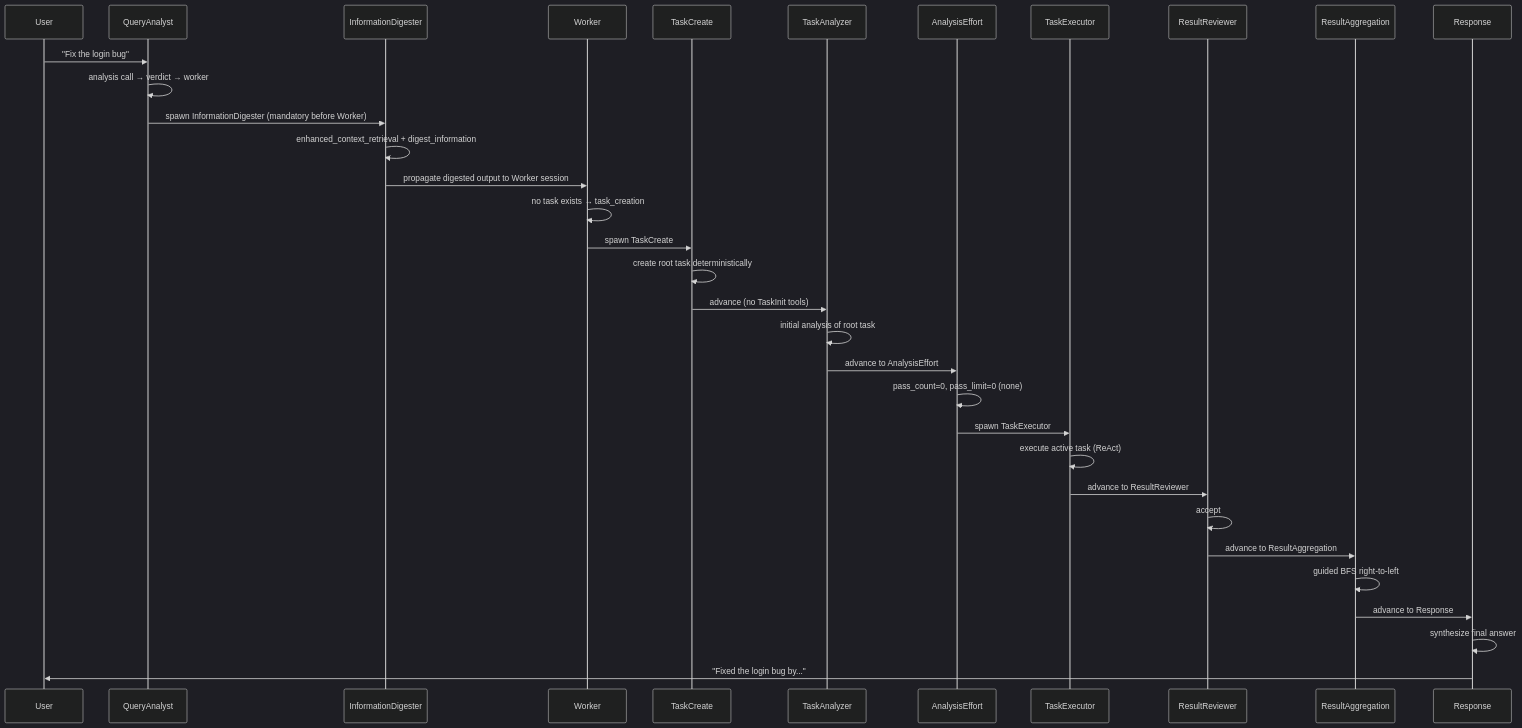
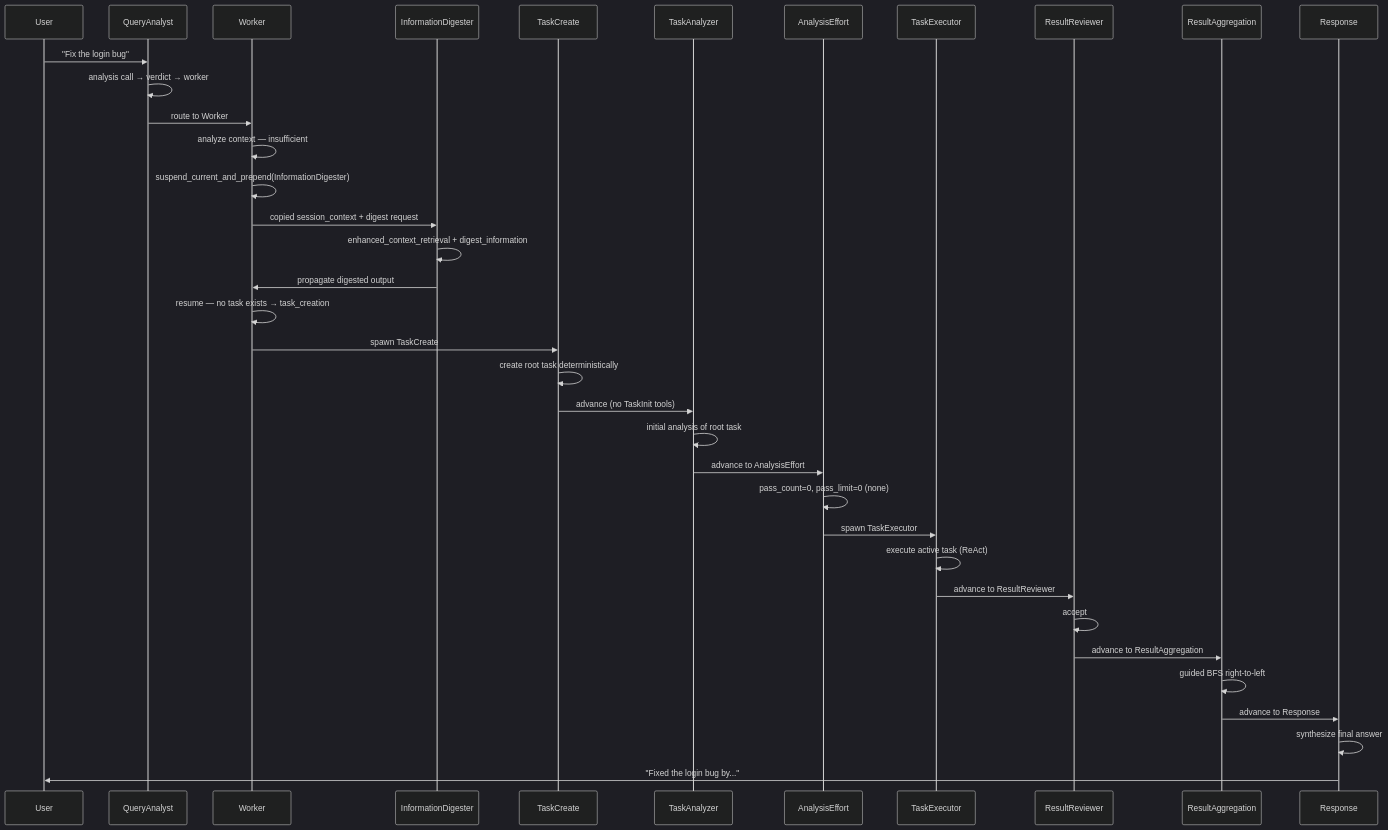
One commit to VJyzCELERY/TINYCUA changed the first of 17 diagrams in src/tinycua/docs/design/loops/expected_scenarios.md. Above: the diagram before and after it, drawn with Mermaid (dark theme). The commit also changed other lines of this file and 5 other files, not shown here.

First line of the commit message:
fix(design): WorkerNode suspends itself for InformationDigester (not QueryAnalyst)

````diff
--- a/src/tinycua/docs/design/loops/expected_scenarios.md
+++ b/src/tinycua/docs/design/loops/expected_scenarios.md
@@ -20,36 +20,39 @@
 ```mermaid
 sequenceDiagram
     participant User
     participant QA as QueryAnalyst
+    participant W as Worker
     participant ID as InformationDigester
-    participant W as Worker
     participant TC as TaskCreate
     participant TA as TaskAnalyzer
     participant AE as AnalysisEffort
     participant TE as TaskExecutor
     participant RR as ResultReviewer
     participant RAgg as ResultAggregation
     participant R as Response
 
     User->>QA: "Fix the login bug"
     QA->>QA: analysis call → verdict → worker
-    QA->>ID: spawn InformationDigester (mandatory before Worker)
+    QA->>W: route to Worker
+    W->>W: analyze context — insufficient
+    W->>W: suspend_current_and_prepend(InformationDigester)
+    W->>ID: copied session_context + digest request
     ID->>ID: enhanced_context_retrieval + digest_information
-    ID->>W: propagate digested output to Worker session
-    W->>W: no task exists → task_creation
+    ID->>W: propagate digested output
+    W->>W: resume — no task exists → task_creation
     W->>TC: spawn TaskCreate
     TC->>TC: create root task deterministically
     TC->>TA: advance (no TaskInit tools)
     TA->>TA: initial analysis of root task
     TA->>AE: advance to AnalysisEffort
     AE->>AE: pass_count=0, pass_limit=0 (none)
     AE->>TE: spawn TaskExecutor
     TE->>TE: execute active task (ReAct)
     TE->>RR: advance to ResultReviewer
     RR->>RR: accept
     RR->>RAgg: advance to ResultAggregation
     RAgg->>RAgg: guided BFS right-to-left
     RAgg->>R: advance to Response
     R->>R: synthesize final answer
     R->>User: "Fixed the login bug by..."
 ```
````
